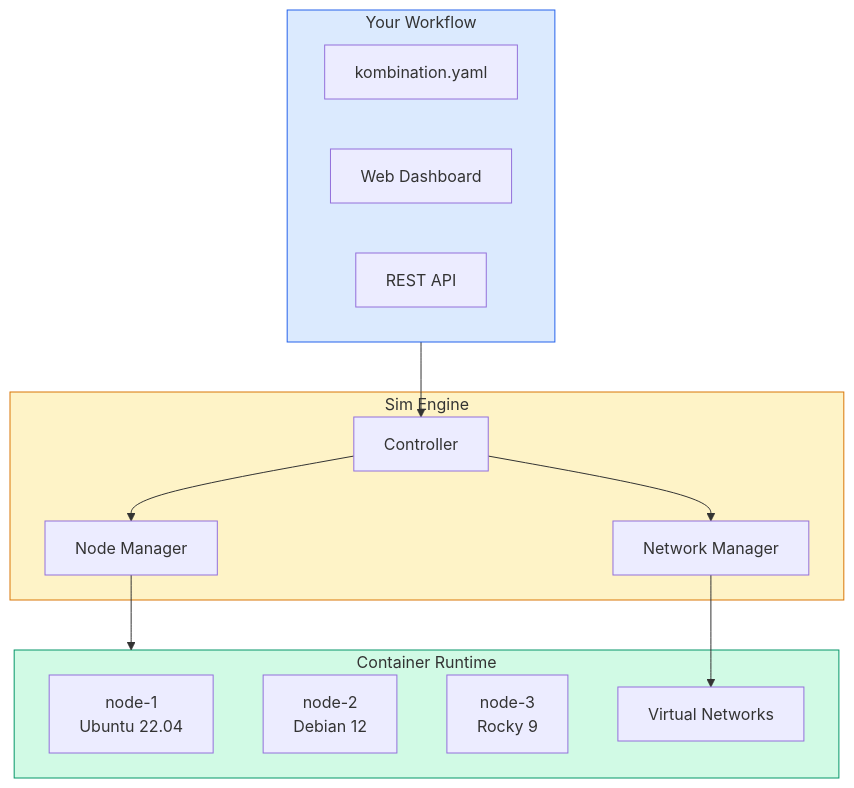
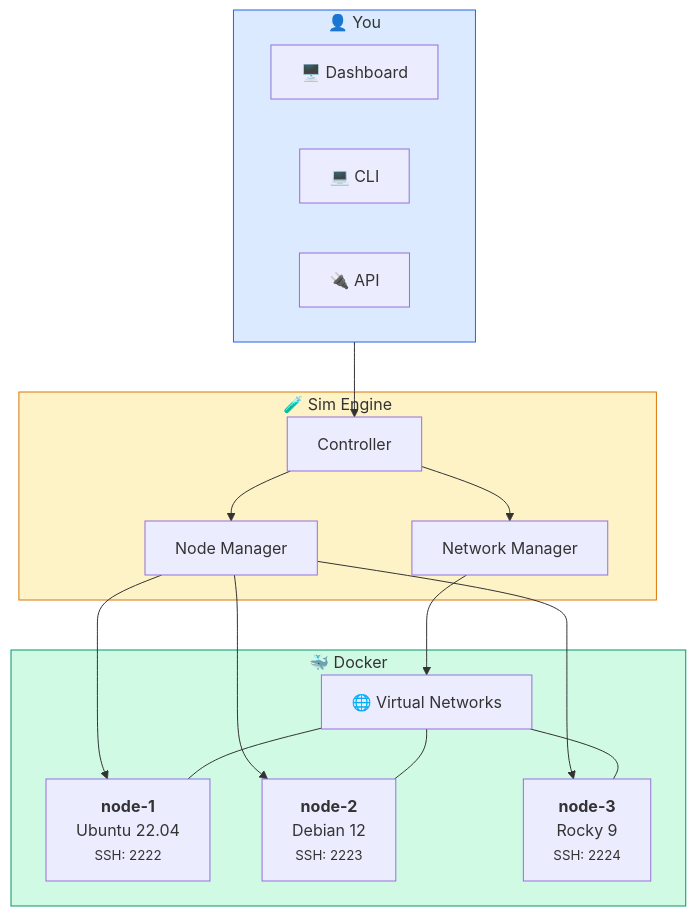
One commit to KombiverseLabs/docs changed the second of 4 diagrams in sim/overview.mdx. Above: the diagram before and after it, drawn with Mermaid. The commit also changed other lines of this file and 31 other files, not shown here.

````diff
--- a/sim/overview.mdx
+++ b/sim/overview.mdx
@@ -68,31 +76,32 @@
 ```mermaid
-graph TB
-    subgraph User["Your Workflow"]
-        Spec["kombination.yaml"]
-        UI["Web Dashboard"]
-        API["REST API"]
+flowchart TB
+    subgraph You["👤 You"]
+        direction LR
+        Dashboard["🖥️ Dashboard"]
+        CLI["💻 CLI"]
+        API["🔌 API"]
     end
     
-    subgraph SimEngine["Sim Engine"]
+    subgraph Sim["🧪 Sim Engine"]
         Controller["Controller"]
         NodeMgr["Node Manager"]
         NetMgr["Network Manager"]
     end
     
-    subgraph Runtime["Container Runtime"]
-        D1["node-1<br/>Ubuntu 22.04"]
-        D2["node-2<br/>Debian 12"]
-        D3["node-3<br/>Rocky 9"]
-        Net["Virtual Networks"]
+    subgraph Docker["🐳 Docker"]
+        N1["<b>node-1</b><br/>Ubuntu 22.04<br/><small>SSH: 2222</small>"]
+        N2["<b>node-2</b><br/>Debian 12<br/><small>SSH: 2223</small>"]
+        N3["<b>node-3</b><br/>Rocky 9<br/><small>SSH: 2224</small>"]
+        Net["🌐 Virtual Networks"]
     end
     
-    User --> Controller
-    Controller --> NodeMgr
-    Controller --> NetMgr
-    NodeMgr --> Runtime
+    You --> Controller
+    Controller --> NodeMgr & NetMgr
+    NodeMgr --> N1 & N2 & N3
     NetMgr --> Net
+    Net --- N1 & N2 & N3
     
-    style User fill:#dbeafe,stroke:#2563eb
-    style SimEngine fill:#fef3c7,stroke:#d97706
-    style Runtime fill:#d1fae5,stroke:#059669
+    style You fill:#dbeafe,stroke:#2563eb
+    style Sim fill:#fef3c7,stroke:#d97706
+    style Docker fill:#d1fae5,stroke:#059669
 ```
````
